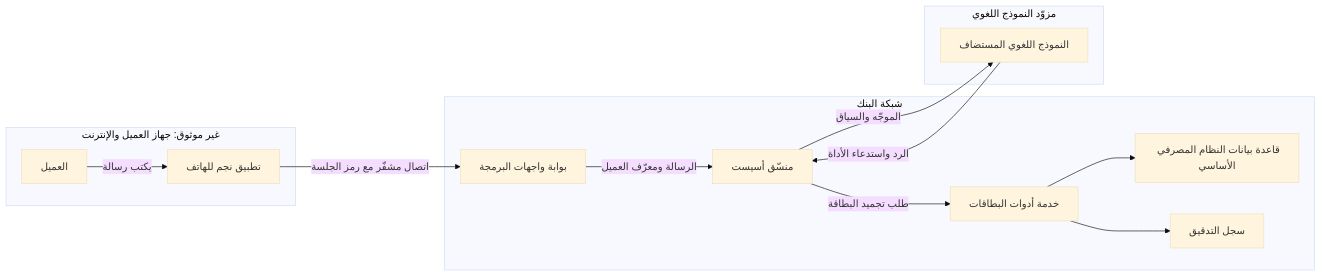
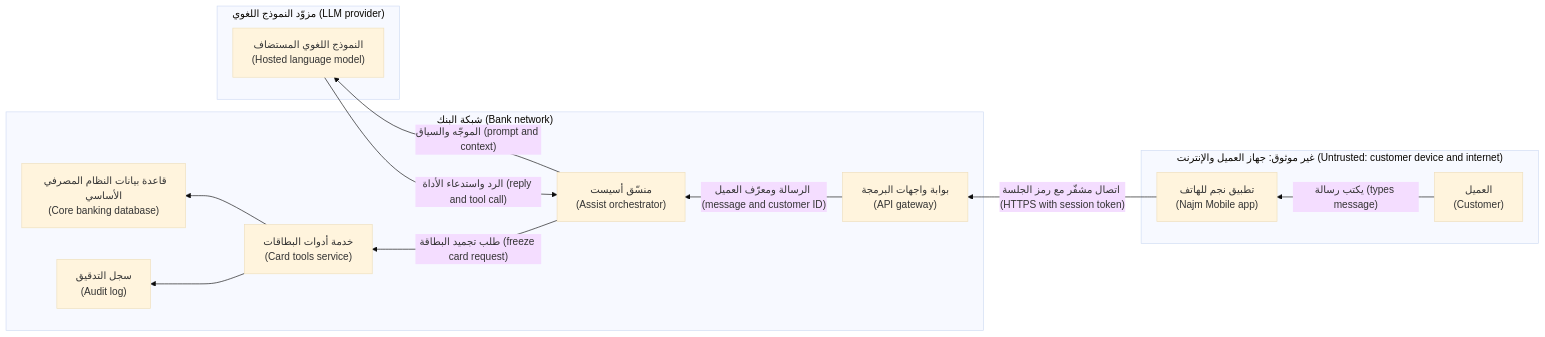
The first of 3 diagrams in secai/modules/01-foundations.ar.md (Tamoura/system-design-for-vibe-coders), drawn with Mermaid (base theme) before and after one commit. The commit also changed other lines of this file and 11 other files, not shown here.

First line of the commit message:
Security course: Arabic modules 10–11 reviewed; RTL diagrams with English labels for modules 0–11

````diff
--- a/secai/modules/01-foundations.ar.md
+++ b/secai/modules/01-foundations.ar.md
@@ -81,25 +81,25 @@
 ```mermaid
-flowchart LR
-    subgraph U["غير موثوق: جهاز العميل والإنترنت"]
-        C["العميل"]
-        APP["تطبيق نجم للهاتف"]
+flowchart RL
+    subgraph U["غير موثوق: جهاز العميل والإنترنت (Untrusted: customer device and internet)"]
+        C["العميل<br/>(Customer)"]
+        APP["تطبيق نجم للهاتف<br/>(Najm Mobile app)"]
     end
-    subgraph B["شبكة البنك"]
-        GW["بوابة واجهات البرمجة"]
-        ORC["منسّق أسيست"]
-        TOOLS["خدمة أدوات البطاقات"]
-        CORE["قاعدة بيانات النظام المصرفي الأساسي"]
-        LOG["سجل التدقيق"]
+    subgraph B["شبكة البنك (Bank network)"]
+        GW["بوابة واجهات البرمجة<br/>(API gateway)"]
+        ORC["منسّق أسيست<br/>(Assist orchestrator)"]
+        TOOLS["خدمة أدوات البطاقات<br/>(Card tools service)"]
+        CORE["قاعدة بيانات النظام المصرفي الأساسي<br/>(Core banking database)"]
+        LOG["سجل التدقيق<br/>(Audit log)"]
     end
-    subgraph V["مزوّد النموذج اللغوي"]
-        LLM["النموذج اللغوي المستضاف"]
+    subgraph V["مزوّد النموذج اللغوي (LLM provider)"]
+        LLM["النموذج اللغوي المستضاف<br/>(Hosted language model)"]
     end
-    C -->|"يكتب رسالة"| APP
-    APP -->|"اتصال مشفّر مع رمز الجلسة"| GW
-    GW -->|"الرسالة ومعرّف العميل"| ORC
-    ORC -->|"الموجّه والسياق"| LLM
-    LLM -->|"الرد واستدعاء الأداة"| ORC
-    ORC -->|"طلب تجميد البطاقة"| TOOLS
+    C -->|"يكتب رسالة (types message)"| APP
+    APP -->|"اتصال مشفّر مع رمز الجلسة (HTTPS with session token)"| GW
+    GW -->|"الرسالة ومعرّف العميل (message and customer ID)"| ORC
+    ORC -->|"الموجّه والسياق (prompt and context)"| LLM
+    LLM -->|"الرد واستدعاء الأداة (reply and tool call)"| ORC
+    ORC -->|"طلب تجميد البطاقة (freeze card request)"| TOOLS
     TOOLS --> CORE
     TOOLS --> LOG
 ```
````
